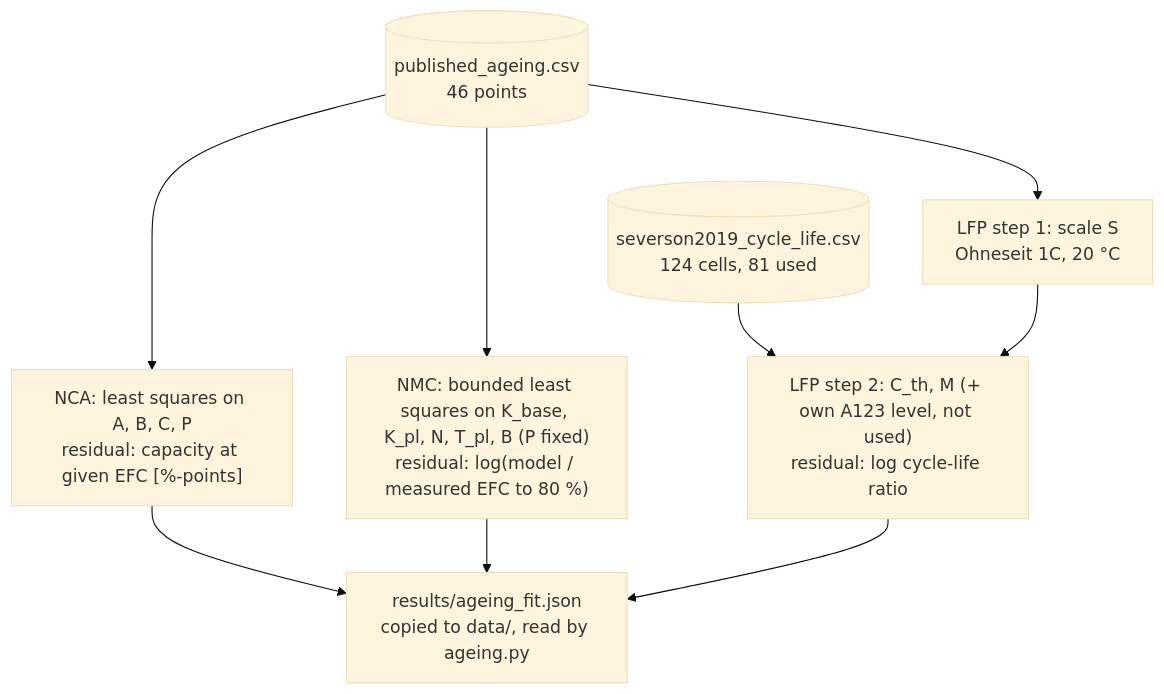
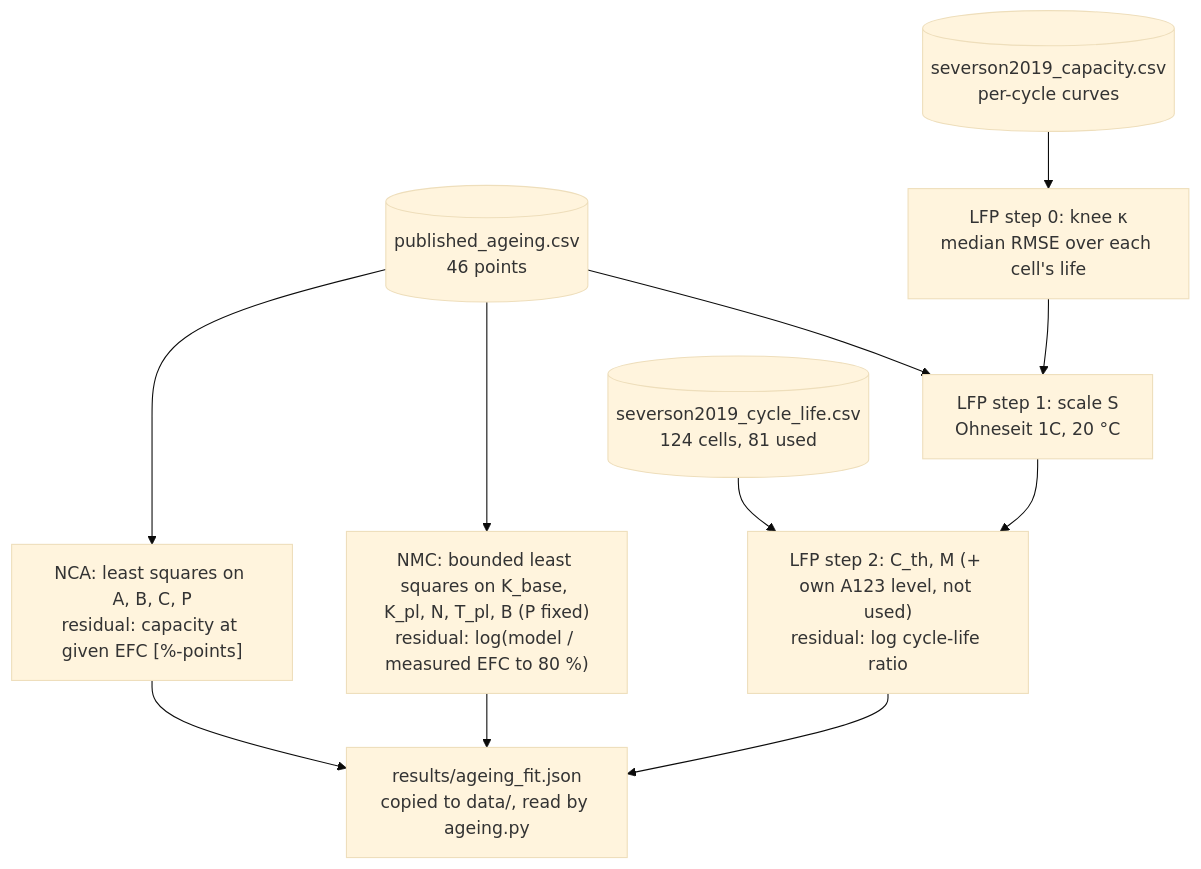
Before and after one commit to TheJohn01/DigitalTwinBattery: the seventh of 12 diagrams in README.md, drawn with Mermaid (base theme). The commit also changed other lines of this file and 17 other files, not shown here.

````diff
--- a/README.md
+++ b/README.md
@@ -928,15 +1008,18 @@
 ```mermaid
 flowchart TD
     CSV[("published_ageing.csv<br/>46 points")] --> NCA
     CSV --> NMC
     CSV --> LFP1
     SEV[("severson2019_cycle_life.csv<br/>124 cells, 81 used")] --> LFP2
+    CUR[("severson2019_capacity.csv<br/>per-cycle curves")] --> LFP0
+    LFP0["LFP step 0: knee κ<br/>median RMSE over each cell's life"]
+    LFP0 --> LFP1
     NCA["NCA: least squares on A, B, C, P<br/>residual: capacity at given EFC [%-points]"]
     NMC["NMC: bounded least squares on K_base, K_pl, N, T_pl, B (P fixed)<br/>residual: log(model / measured EFC to 80 %)"]
     LFP1["LFP step 1: scale S<br/>Ohneseit 1C, 20 °C"]
     LFP2["LFP step 2: C_th, M (+ own A123 level, not used)<br/>residual: log cycle-life ratio"]
     LFP1 --> LFP2
     NCA --> OUT["results/ageing_fit.json<br/>copied to data/, read by ageing.py"]
     NMC --> OUT
     LFP2 --> OUT
 ```
````
